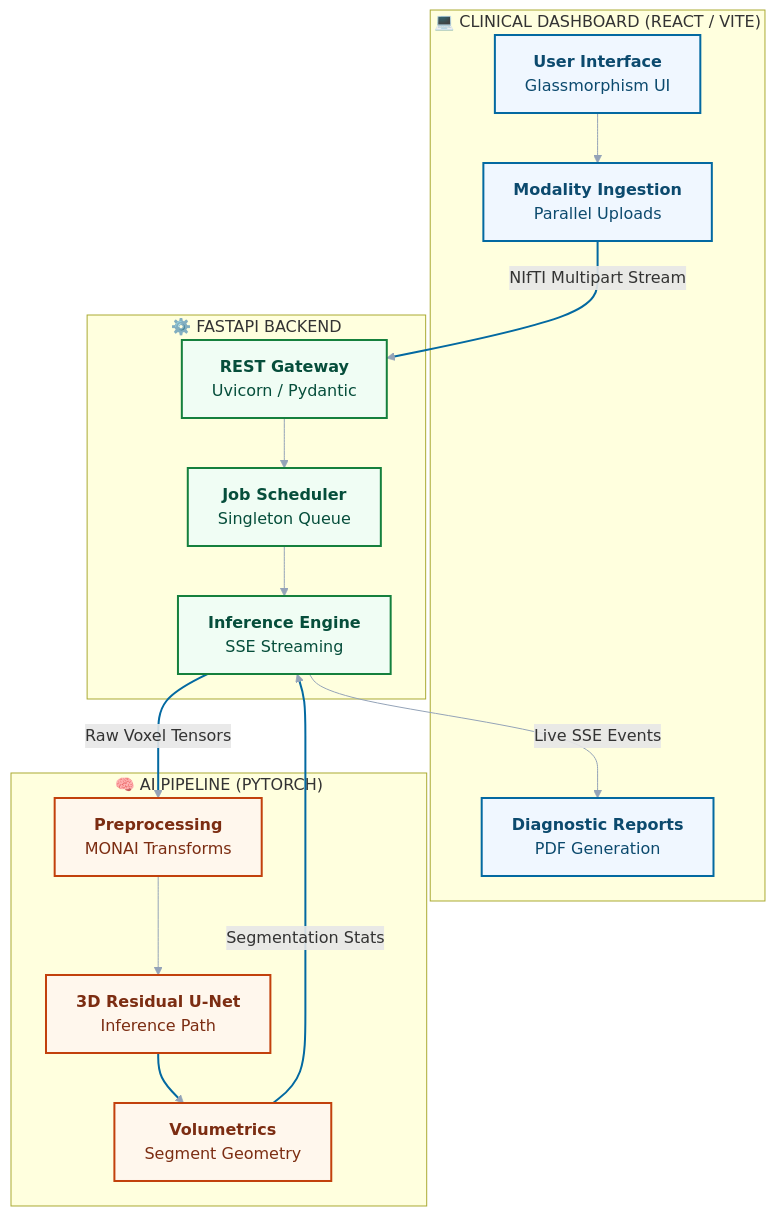
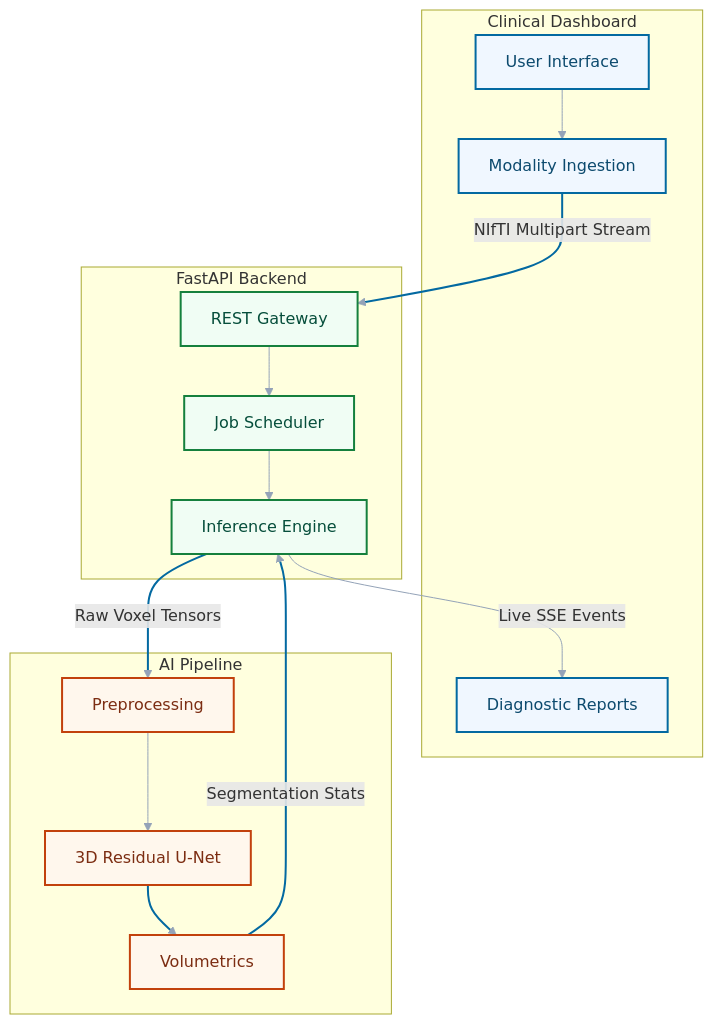
Before and after one commit to HarshitJain26-2/Brain-Tumor-3D: the diagram in README.md, drawn with Mermaid.

Commit message:
docs: fix mermaid diagram syntax in README.md

````diff
--- a/README.md
+++ b/README.md
@@ -31,39 +31,41 @@
 ```mermaid
-graph TD
+flowchart TD
     %% Styling for high visibility and premium feel
     classDef frontend fill:#f0f7ff,stroke:#0369a1,stroke-width:2px,color:#0c4a6e;
     classDef backend fill:#f0fdf4,stroke:#15803d,stroke-width:2px,color:#064e3b;
     classDef ml fill:#fff7ed,stroke:#c2410c,stroke-width:2px,color:#7c2d12;
-    classDef process fill:#fafafa,stroke:#737373,stroke-width:1px,stroke-dasharray: 5 5;
 
-    subgraph FE ["💻 CLINICAL DASHBOARD (REACT / VITE)"]
-        UI["<b>User Interface</b><br/>Glassmorphism UI"]:::frontend
-        MI["<b>Modality Ingestion</b><br/>Parallel Uploads"]:::frontend
-        RD["<b>Diagnostic Reports</b><br/>PDF Generation"]:::frontend
+    subgraph FE ["Clinical Dashboard"]
+        UI["User Interface"]:::frontend
+        MI["Modality Ingestion"]:::frontend
+        RD["Diagnostic Reports"]:::frontend
         UI --> MI
     end
 
-    subgraph BE ["⚙️ FASTAPI BACKEND"]
-        API["<b>REST Gateway</b><br/>Uvicorn / Pydantic"]:::backend
-        JS["<b>Job Scheduler</b><br/>Singleton Queue"]:::backend
-        MS["<b>Inference Engine</b><br/>SSE Streaming"]:::backend
+    subgraph BE ["FastAPI Backend"]
+        API["REST Gateway"]:::backend
+        JS["Job Scheduler"]:::backend
+        MS["Inference Engine"]:::backend
         API --> JS --> MS
     end
     
-    subgraph AI ["🧠 AI PIPELINE (PYTORCH)"]
-        DP["<b>Preprocessing</b><br/>MONAI Transforms"]:::ml
-        MDL["<b>3D Residual U-Net</b><br/>Inference Path"]:::ml
-        PP["<b>Volumetrics</b><br/>Segment Geometry"]:::ml
+    subgraph AI ["AI Pipeline"]
+        DP["Preprocessing"]:::ml
+        MDL["3D Residual U-Net"]:::ml
+        PP["Volumetrics"]:::ml
         DP --> MDL --> PP
     end
     
-    %% Connections with descriptive labels
+    %% Connections
     MI -- "NIfTI Multipart Stream" --> API
     MS -- "Raw Voxel Tensors" --> DP
     PP -- "Segmentation Stats" --> MS
     MS -- "Live SSE Events" --> RD
 
     %% Link Styling
     linkStyle default stroke:#94a3b8,stroke-width:1px;
-    linkStyle 4,5,6,7 stroke:#0369a1,stroke-width:2px;
+    linkStyle 4 stroke:#0369a1,stroke-width:2px;
+    linkStyle 5 stroke:#0369a1,stroke-width:2px;
+    linkStyle 6 stroke:#0369a1,stroke-width:2px;
+    linkStyle 7 stroke:#0369a1,stroke-width:2px;
 ```
````
